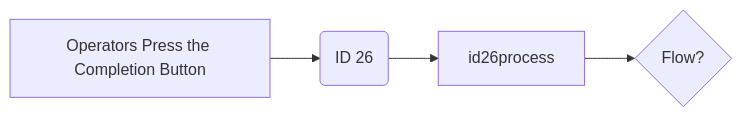
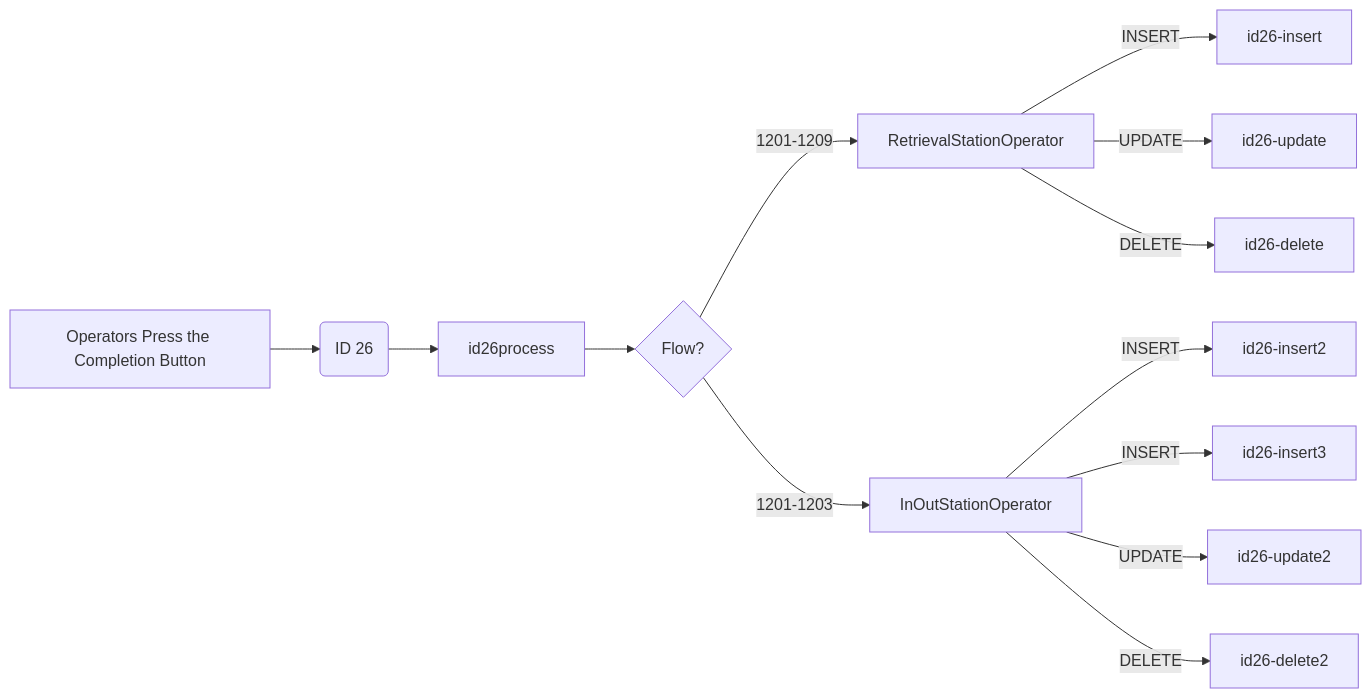
One commit to luthfiadityaa/SimeDarby-Wiki changed diagram 19 of 19 in Basic-Design/DFD-WMS/Retrieval/Specific-Location-Retrieval-Setting.md. Above: the diagram before and after it, drawn with Mermaid. The commit also changed other lines of this file, not shown here.

Commit message:
Updated Specific Location Retrieval Setting

```diff
--- a/Basic-Design/DFD-WMS/Retrieval/Specific-Location-Retrieval-Setting.md
+++ b/Basic-Design/DFD-WMS/Retrieval/Specific-Location-Retrieval-Setting.md
@@ -835,16 +835,29 @@
 ::: mermaid
 flowchart LR
 
 buttonclicked["
 Operators Press the Completion Button
 "]
 
 id26msg("
 ID 26
 ")
 
 id26process[id26process]
 
 buttonclicked --> id26msg
 id26msg -->id26process-->Cond1{Flow?}
+
+RetrievalStationOperator--> |INSERT| id26-insert 
+RetrievalStationOperator--> |UPDATE| id26-update 
+RetrievalStationOperator--> |DELETE| id26-delete 
+
+Cond1{Flow?} --> |1201-1209| RetrievalStationOperator
+Cond1{Flow?} --> |1201-1203| InOutStationOperator
+
+InOutStationOperator--> |INSERT| id26-insert2
+InOutStationOperator--> |INSERT| id26-insert3
+InOutStationOperator--> |UPDATE| id26-update2
+InOutStationOperator--> |DELETE| id26-delete2
+
 :::
```
